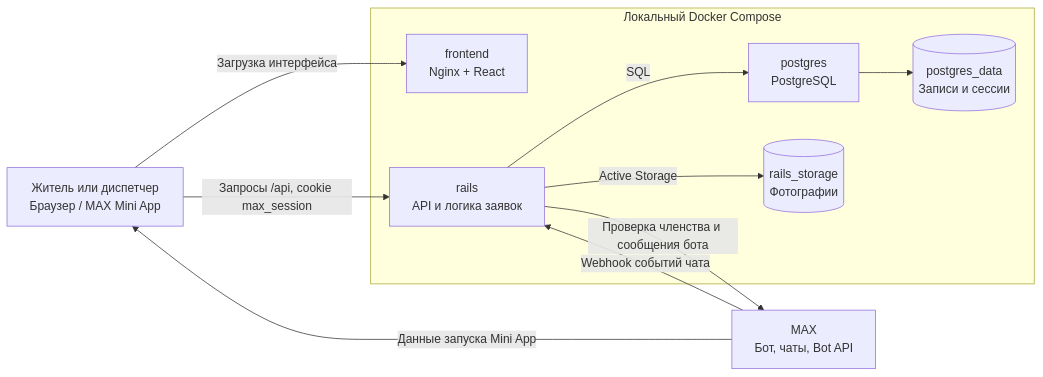
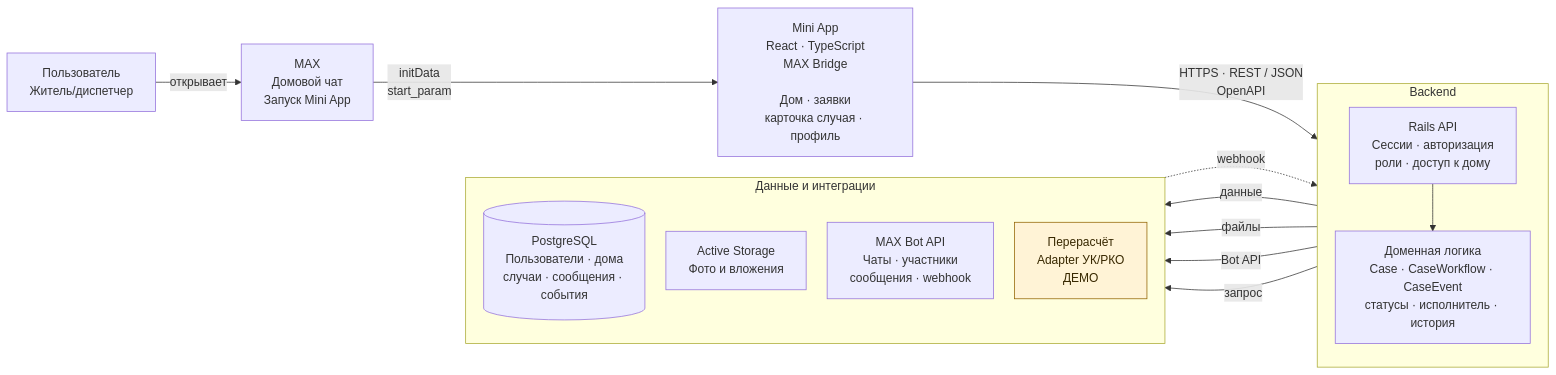
The diagram in README.md (max-hackaton/hack-monorepo), drawn with Mermaid before and after one commit.

````diff
--- a/README.md
+++ b/README.md
@@ -46,22 +46,57 @@
 ```mermaid
+%%{init: {
+  "flowchart": {
+    "nodeSpacing": 28,
+    "rankSpacing": 38,
+    "curve": "basis"
+  }
+}}%%
+
 flowchart LR
-    user["Житель или диспетчер<br/>Браузер / MAX Mini App"]
-    max["MAX<br/>Бот, чаты, Bot API"]
 
-    subgraph local["Локальный Docker Compose"]
-        frontend["frontend<br/>Nginx + React"]
-        rails["rails<br/>API и логика заявок"]
-        postgres["postgres<br/>PostgreSQL"]
-        db_volume[("postgres_data<br/>Записи и сессии")]
-        file_volume[("rails_storage<br/>Фотографии")]
+    U["Пользователь<br/>Житель/диспетчер"]
+
+    MAX["MAX<br/>Домовой чат<br/>Запуск Mini App"]
+
+    APP["Mini App<br/>React · TypeScript<br/>MAX Bridge<br/><br/>Дом · заявки<br/>карточка случая · профиль"]
+
+    subgraph BACK["Backend"]
+        direction TB
+
+        API["Rails API<br/>Сессии · авторизация<br/>роли · доступ к дому"]
+
+        DOMAIN["Доменная логика<br/>Case · CaseWorkflow · CaseEvent<br/>статусы · исполнитель · история"]
+
+        API --> DOMAIN
     end
 
-    user -->|"Загрузка интерфейса"| frontend
-    user -->|"Запросы /api, cookie max_session"| rails
-    rails -->|"SQL"| postgres
-    postgres --> db_volume
-    rails -->|"Active Storage"| file_volume
-    max -->|"Данные запуска Mini App"| user
-    max -->|"Webhook событий чата"| rails
-    rails -->|"Проверка членства и сообщения бота"| max
+    subgraph DATA["Данные и интеграции"]
+        direction TB
+
+        PG[("PostgreSQL<br/>Пользователи · дома<br/>случаи · сообщения · события")]
+
+        STORAGE["Active Storage<br/>Фото и вложения"]
+
+        MAXAPI["MAX Bot API<br/>Чаты · участники<br/>сообщения · webhook"]
+
+        BILLING["Перерасчёт<br/>Adapter  УК/РКО <br/> ДЕМО"]
+    end
+
+
+    U -->|"открывает"| MAX
+
+    MAX -->|"initData<br/>start_param"| APP
+
+    APP -->|"HTTPS · REST / JSON<br/>OpenAPI"| API
+
+    DOMAIN -->|"данные"| PG
+    DOMAIN -->|"файлы"| STORAGE
+    DOMAIN -->|"Bot API"| MAXAPI
+    DOMAIN -->|"запрос"| BILLING
+
+    MAXAPI -.->|"webhook"| API
+
+
+    classDef demo fill:#FFF3D6,stroke:#926300,color:#382800;
+    class BILLING demo;
 ```
````
